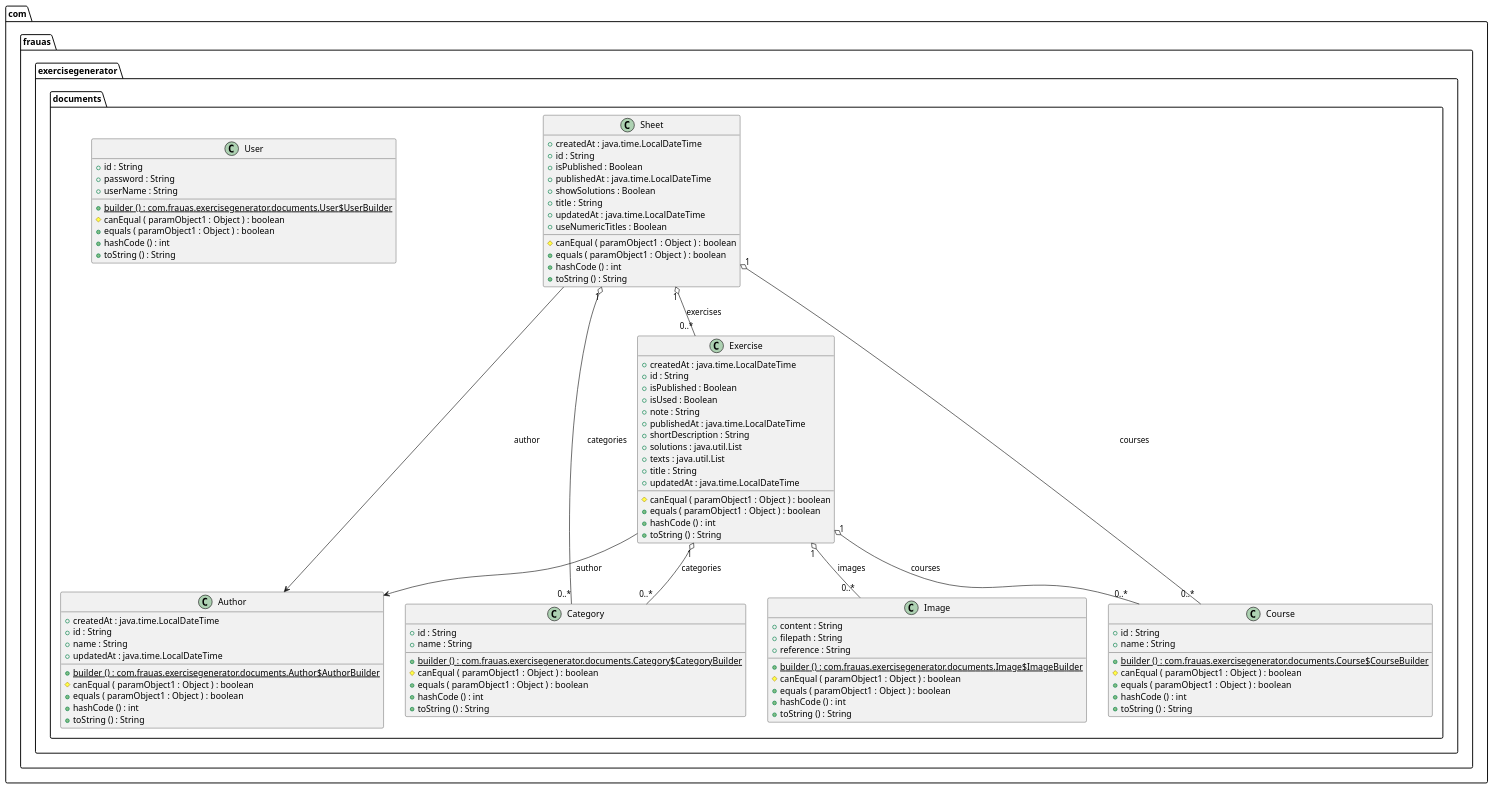
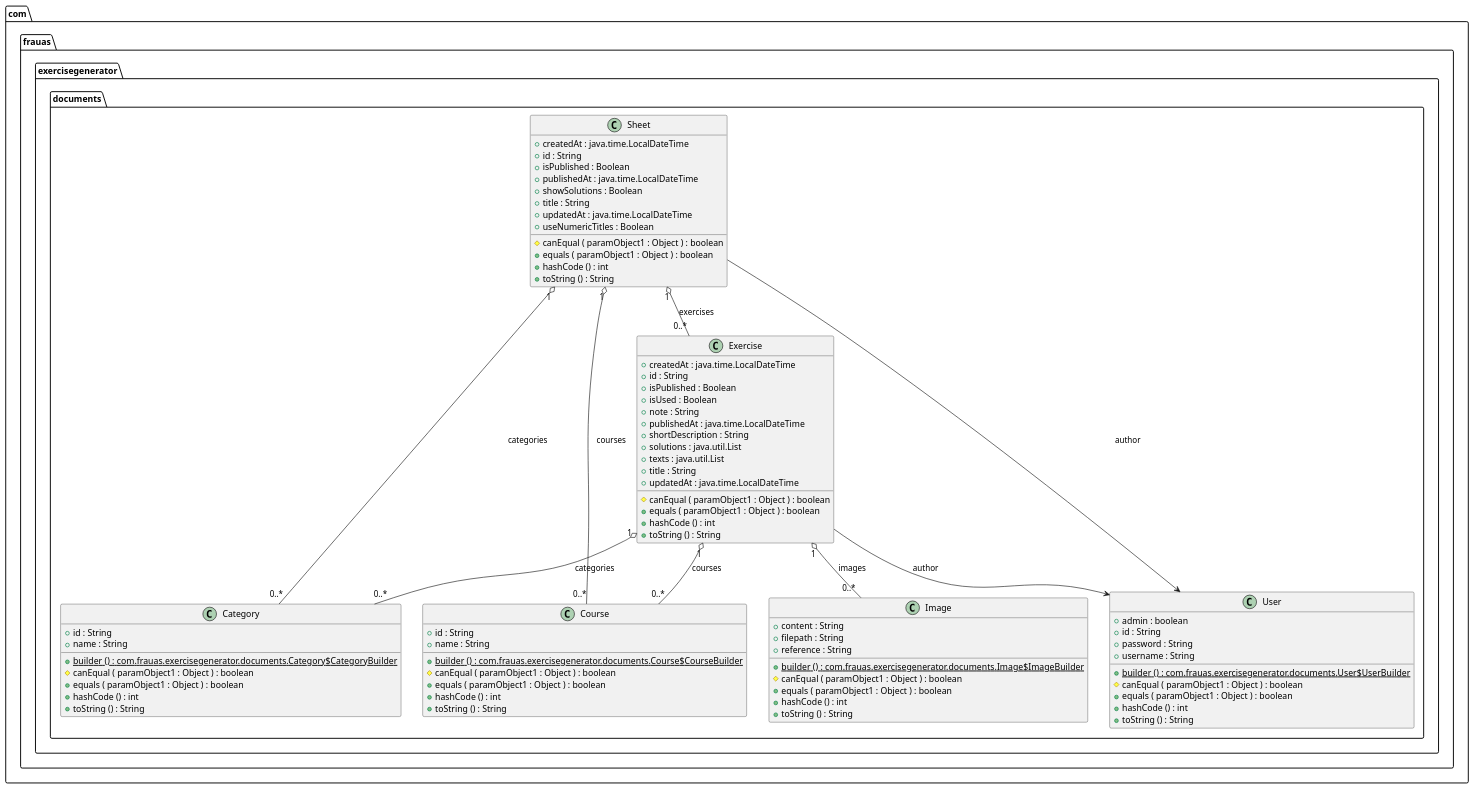
One commit to CarlaHofmann/exercise-generator-be changed the diagram in doc/diagram.puml. Above: the diagram before and after it, drawn with PlantUML. The commit also changed 8 other files, not shown here.

```diff
--- a/doc/diagram.puml
+++ b/doc/diagram.puml
@@ -1,109 +1,97 @@
 @startuml
-
-class com.frauas.exercisegenerator.documents.Author {
-	{field} +createdAt : java.time.LocalDateTime
-	{field} +id : String
-	{field} +name : String
-	{field} +updatedAt : java.time.LocalDateTime
-	{method}  {static} +builder () : com.frauas.exercisegenerator.documents.Author$AuthorBuilder
-	{method} #canEqual ( paramObject1 : Object ) : boolean
-	{method} +equals ( paramObject1 : Object ) : boolean
-	{method} +hashCode () : int
-	{method} +toString () : String
-}
-
 
 class com.frauas.exercisegenerator.documents.Category {
 	{field} +id : String
 	{field} +name : String
 	{method}  {static} +builder () : com.frauas.exercisegenerator.documents.Category$CategoryBuilder
 	{method} #canEqual ( paramObject1 : Object ) : boolean
 	{method} +equals ( paramObject1 : Object ) : boolean
 	{method} +hashCode () : int
 	{method} +toString () : String
 }
 
 
 class com.frauas.exercisegenerator.documents.Course {
 	{field} +id : String
 	{field} +name : String
 	{method}  {static} +builder () : com.frauas.exercisegenerator.documents.Course$CourseBuilder
 	{method} #canEqual ( paramObject1 : Object ) : boolean
 	{method} +equals ( paramObject1 : Object ) : boolean
 	{method} +hashCode () : int
 	{method} +toString () : String
 }
 
 
 class com.frauas.exercisegenerator.documents.Exercise {
 	{field} +createdAt : java.time.LocalDateTime
 	{field} +id : String
 	{field} +isPublished : Boolean
 	{field} +isUsed : Boolean
 	{field} +note : String
 	{field} +publishedAt : java.time.LocalDateTime
 	{field} +shortDescription : String
 	{field} +solutions : java.util.List
 	{field} +texts : java.util.List
 	{field} +title : String
 	{field} +updatedAt : java.time.LocalDateTime
 	{method} #canEqual ( paramObject1 : Object ) : boolean
 	{method} +equals ( paramObject1 : Object ) : boolean
 	{method} +hashCode () : int
 	{method} +toString () : String
 }
 
 
 class com.frauas.exercisegenerator.documents.Image {
 	{field} +content : String
 	{field} +filepath : String
 	{field} +reference : String
 	{method}  {static} +builder () : com.frauas.exercisegenerator.documents.Image$ImageBuilder
 	{method} #canEqual ( paramObject1 : Object ) : boolean
 	{method} +equals ( paramObject1 : Object ) : boolean
 	{method} +hashCode () : int
 	{method} +toString () : String
 }
 
 
 class com.frauas.exercisegenerator.documents.Sheet {
 	{field} +createdAt : java.time.LocalDateTime
 	{field} +id : String
 	{field} +isPublished : Boolean
 	{field} +publishedAt : java.time.LocalDateTime
 	{field} +showSolutions : Boolean
 	{field} +title : String
 	{field} +updatedAt : java.time.LocalDateTime
 	{field} +useNumericTitles : Boolean
 	{method} #canEqual ( paramObject1 : Object ) : boolean
 	{method} +equals ( paramObject1 : Object ) : boolean
 	{method} +hashCode () : int
 	{method} +toString () : String
 }
 
 
 class com.frauas.exercisegenerator.documents.User {
+	{field} +admin : boolean
 	{field} +id : String
 	{field} +password : String
-	{field} +userName : String
+	{field} +username : String
 	{method}  {static} +builder () : com.frauas.exercisegenerator.documents.User$UserBuilder
 	{method} #canEqual ( paramObject1 : Object ) : boolean
 	{method} +equals ( paramObject1 : Object ) : boolean
 	{method} +hashCode () : int
 	{method} +toString () : String
 }
 
 
 
 
 com.frauas.exercisegenerator.documents.Exercise "1" o-- "0..*"  com.frauas.exercisegenerator.documents.Category : categories
 com.frauas.exercisegenerator.documents.Exercise "1" o-- "0..*"  com.frauas.exercisegenerator.documents.Course : courses
 com.frauas.exercisegenerator.documents.Exercise "1" o-- "0..*"  com.frauas.exercisegenerator.documents.Image : images
-com.frauas.exercisegenerator.documents.Exercise -->  com.frauas.exercisegenerator.documents.Author : author
+com.frauas.exercisegenerator.documents.Exercise -->  com.frauas.exercisegenerator.documents.User : author
 com.frauas.exercisegenerator.documents.Sheet "1" o-- "0..*"  com.frauas.exercisegenerator.documents.Category : categories
 com.frauas.exercisegenerator.documents.Sheet "1" o-- "0..*"  com.frauas.exercisegenerator.documents.Course : courses
 com.frauas.exercisegenerator.documents.Sheet "1" o-- "0..*"  com.frauas.exercisegenerator.documents.Exercise : exercises
-com.frauas.exercisegenerator.documents.Sheet -->  com.frauas.exercisegenerator.documents.Author : author
+com.frauas.exercisegenerator.documents.Sheet -->  com.frauas.exercisegenerator.documents.User : author
 
 
 @enduml
```
